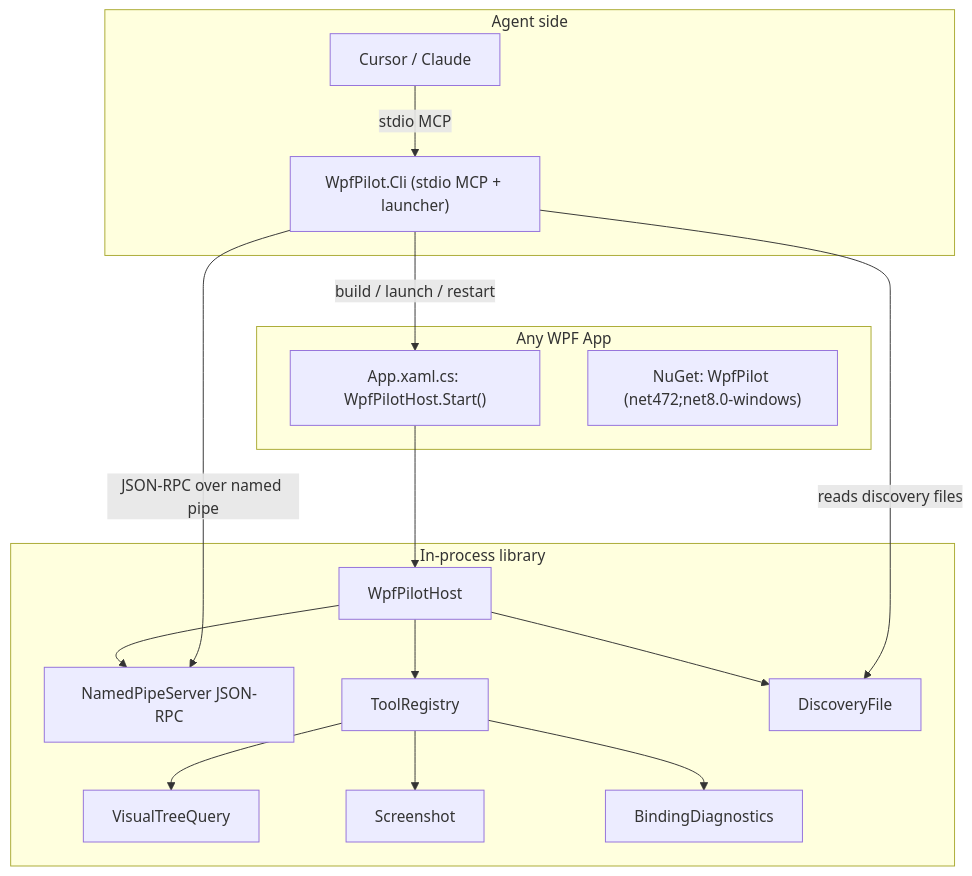
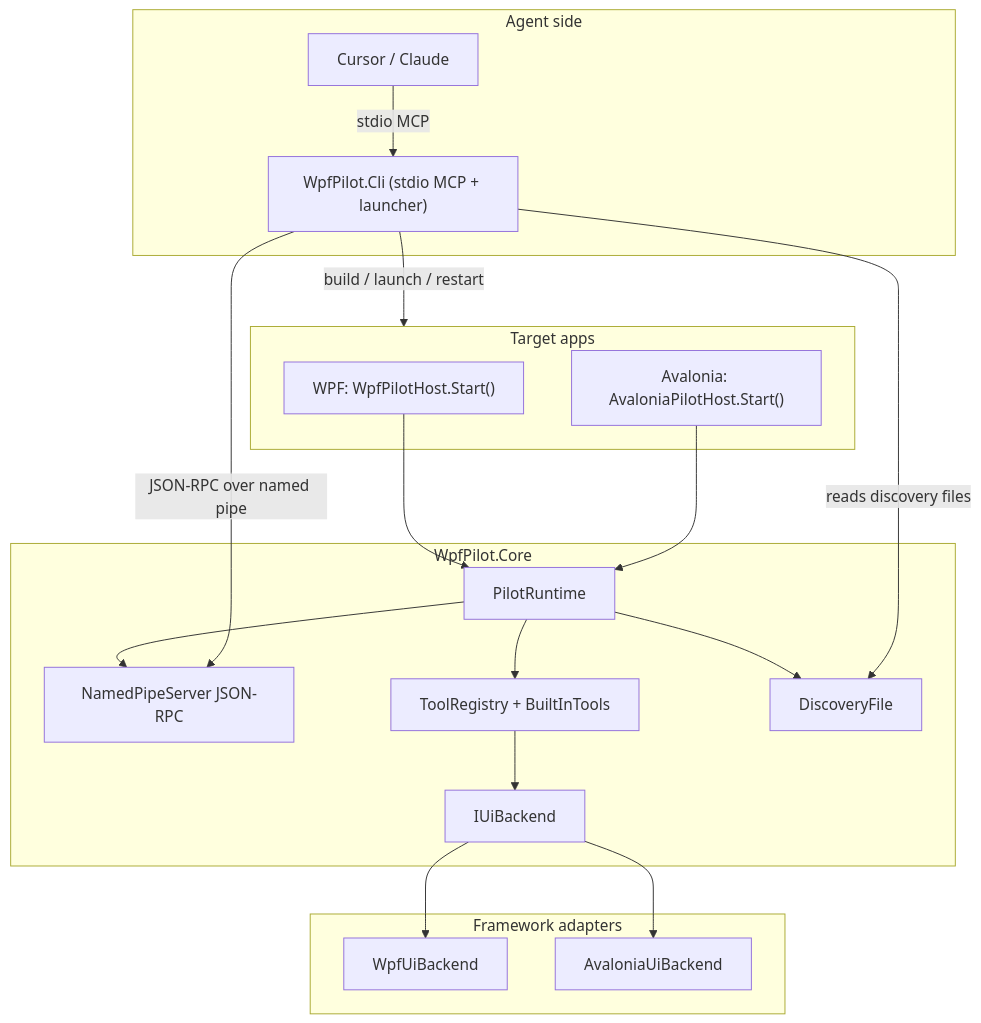
The diagram in docs/02-architecture.md (sivak1982/UiPilot), drawn with Mermaid before and after one commit. The commit also changed other lines of this file and 55 other files, not shown here.

First line of the commit message:
Make WpfPilot generic for Avalonia via shared Core + AvaloniaPilot (#1)

````diff
--- a/docs/02-architecture.md
+++ b/docs/02-architecture.md
@@ -3,29 +3,34 @@
 ```mermaid
 flowchart TB
-  subgraph consumer [Any WPF App]
-    AppCs["App.xaml.cs: WpfPilotHost.Start()"]
-    NuGet["NuGet: WpfPilot (net472;net8.0-windows)"]
+  subgraph consumers [Target apps]
+    WpfApp["WPF: WpfPilotHost.Start()"]
+    AvaApp["Avalonia: AvaloniaPilotHost.Start()"]
   end
-  subgraph inproc [In-process library]
-    Host[WpfPilotHost]
+  subgraph core [WpfPilot.Core]
+    Runtime[PilotRuntime]
     Pipe[NamedPipeServer JSON-RPC]
-    Reg[ToolRegistry]
-    Tree[VisualTreeQuery]
-    Shot[Screenshot]
-    Bind[BindingDiagnostics]
+    Reg[ToolRegistry + BuiltInTools]
+    Contract[IUiBackend]
     Disc[DiscoveryFile]
+  end
+  subgraph adapters [Framework adapters]
+    WpfBack[WpfUiBackend]
+    AvaBack[AvaloniaUiBackend]
   end
   subgraph agentSide [Agent side]
     CLI["WpfPilot.Cli (stdio MCP + launcher)"]
     Cursor[Cursor / Claude]
   end
-  AppCs --> Host --> Pipe
-  Host --> Reg --> Tree
-  Reg --> Shot
-  Reg --> Bind
-  Host --> Disc
+  WpfApp --> Runtime
+  AvaApp --> Runtime
+  Runtime --> Pipe
+  Runtime --> Reg
+  Reg --> Contract
+  Contract --> WpfBack
+  Contract --> AvaBack
+  Runtime --> Disc
   Cursor -->|stdio MCP| CLI
-  CLI -->|build / launch / restart| AppCs
+  CLI -->|build / launch / restart| consumers
   CLI -->|JSON-RPC over named pipe| Pipe
   CLI -->|reads discovery files| Disc
 ```
````
